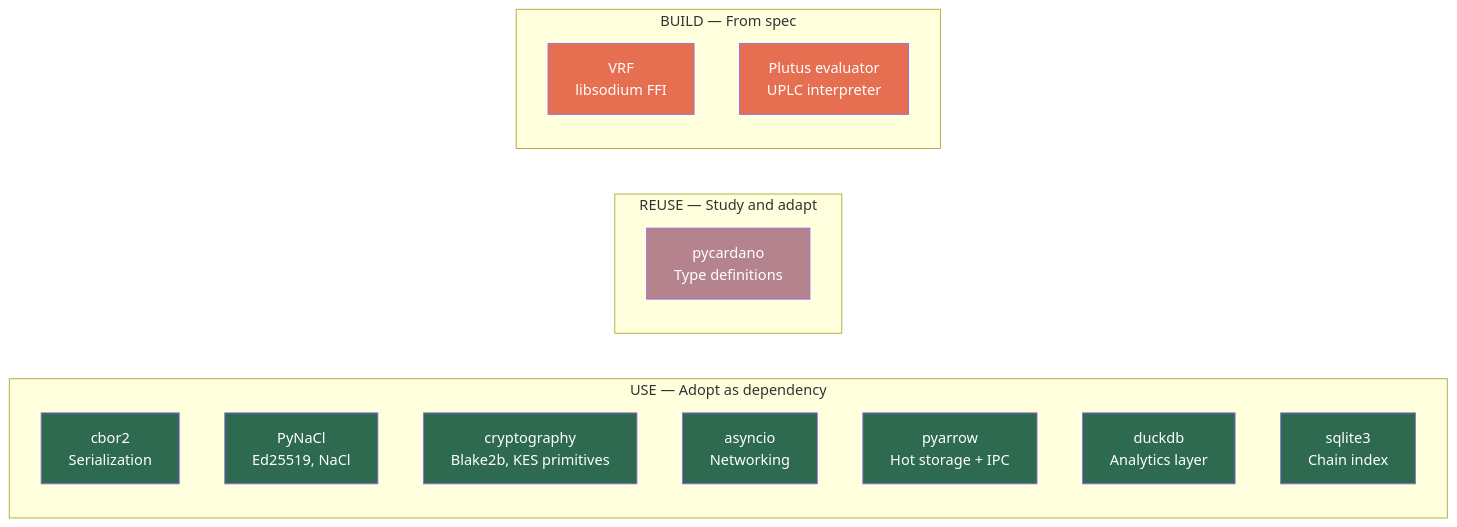
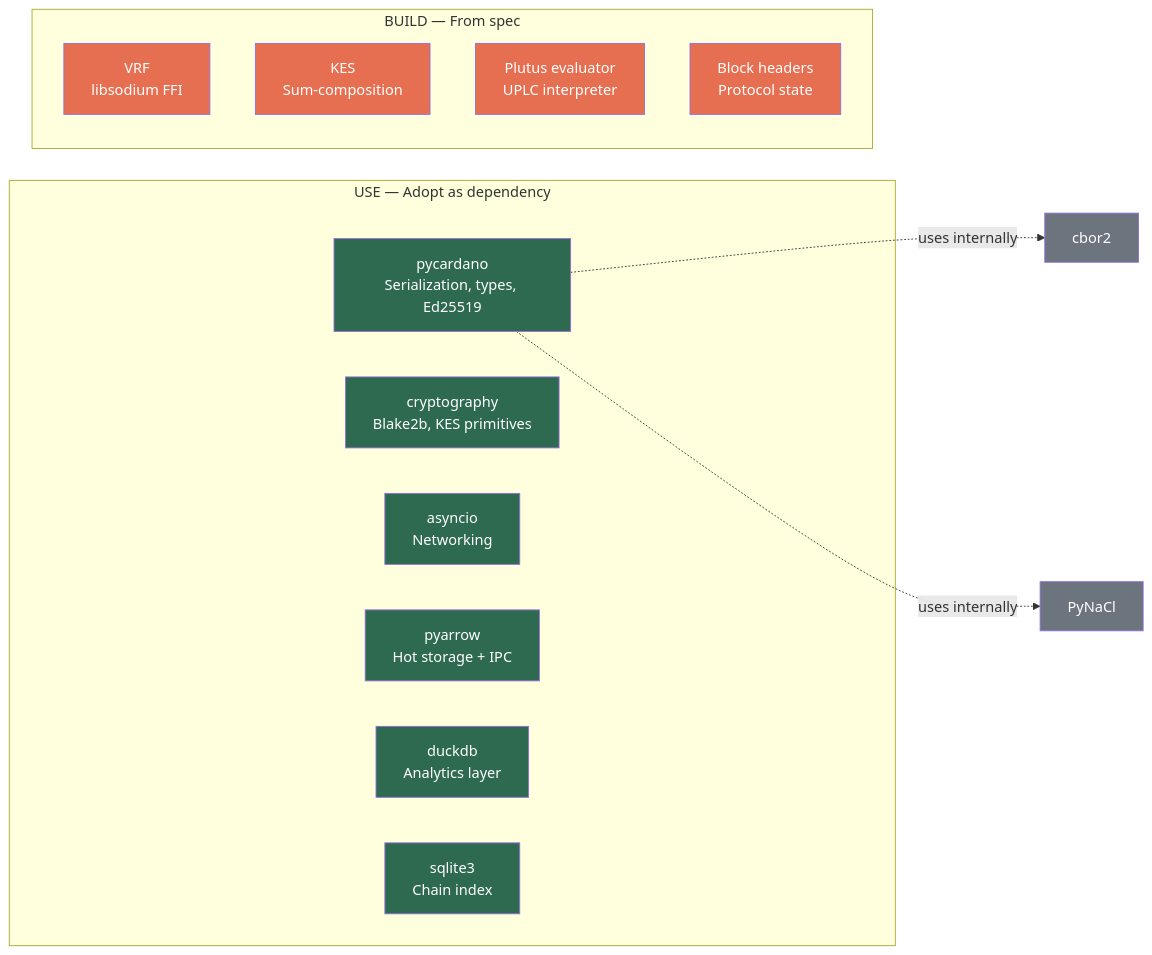
Before and after one commit to SteelSwap/vibe-node: the diagram in docs/reference/library-audit.md, drawn with Mermaid. The commit also changed other lines of this file, not shown here.

First line of the commit message:
docs(m1.6): promote pycardano from REUSE to USE for serialization & crypto

````diff
--- a/docs/reference/library-audit.md
+++ b/docs/reference/library-audit.md
@@ -411,32 +361,34 @@
 ```mermaid
 graph LR
     subgraph "USE — Adopt as dependency"
-        CBOR2["cbor2<br/>Serialization"]
-        PYNACL["PyNaCl<br/>Ed25519, NaCl"]
+        PYCARDANO["pycardano<br/>Serialization, types, Ed25519"]
         CRYPTO["cryptography<br/>Blake2b, KES primitives"]
         ASYNCIO["asyncio<br/>Networking"]
         PYARROW["pyarrow<br/>Hot storage + IPC"]
         DUCKDB["duckdb<br/>Analytics layer"]
         SQLITE["sqlite3<br/>Chain index"]
     end
 
-    subgraph "REUSE — Study and adapt"
-        PYCARDANO["pycardano<br/>Type definitions"]
+    subgraph "BUILD — From spec"
+        VRF["VRF<br/>libsodium FFI"]
+        KES["KES<br/>Sum-composition"]
+        PLUTUS["Plutus evaluator<br/>UPLC interpreter"]
+        BLOCKS["Block headers<br/>Protocol state"]
     end
 
-    subgraph "BUILD — From spec"
-        VRF["VRF<br/>libsodium FFI"]
-        PLUTUS["Plutus evaluator<br/>UPLC interpreter"]
-    end
+    PYCARDANO -.-> |"uses internally"| CBOR2["cbor2"]
+    PYCARDANO -.-> |"uses internally"| PYNACL["PyNaCl"]
 
-    style CBOR2 fill:#2d6a4f,color:#fff
-    style PYNACL fill:#2d6a4f,color:#fff
+    style PYCARDANO fill:#2d6a4f,color:#fff
     style CRYPTO fill:#2d6a4f,color:#fff
     style ASYNCIO fill:#2d6a4f,color:#fff
     style PYARROW fill:#2d6a4f,color:#fff
     style DUCKDB fill:#2d6a4f,color:#fff
     style SQLITE fill:#2d6a4f,color:#fff
-    style PYCARDANO fill:#b5838d,color:#fff
+    style CBOR2 fill:#6c757d,color:#fff
+    style PYNACL fill:#6c757d,color:#fff
     style VRF fill:#e76f51,color:#fff
+    style KES fill:#e76f51,color:#fff
     style PLUTUS fill:#e76f51,color:#fff
+    style BLOCKS fill:#e76f51,color:#fff
 ```
````
